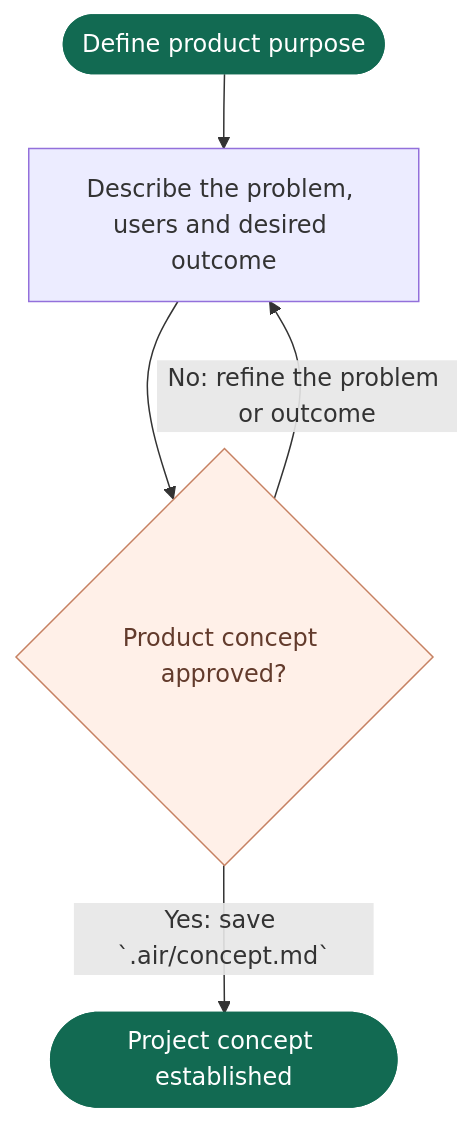
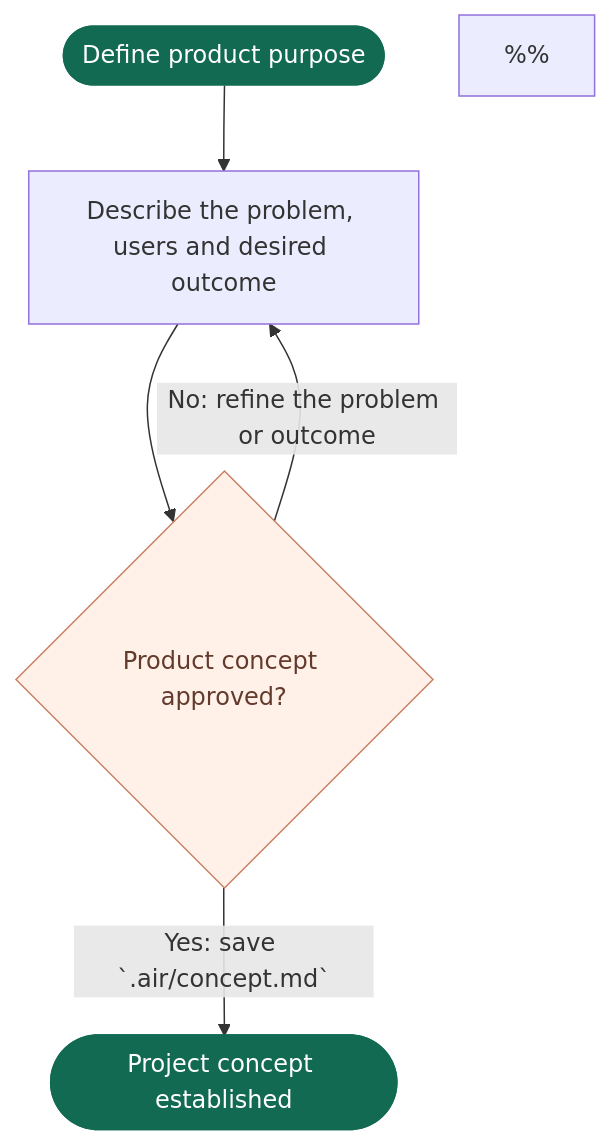
One commit to vanlangenlabs/vanlangenlabs-site changed the diagram in docs/airflow/flows/concept.mmd. Above: the diagram before and after it, drawn with Mermaid. The commit also changed 14 other files, not shown here.

Commit message:
refactor(airflow): keep phase rules in Mermaid sources

```diff
--- a/docs/airflow/flows/concept.mmd
+++ b/docs/airflow/flows/concept.mmd
@@ -1,21 +1,25 @@
 flowchart TD
     start([Define product purpose]) --> concept[Describe the problem, users and desired outcome]
 %% @airflow-context concept
 %% Store only the stable product rationale in `.air/concept.md`: the problem,
 %% intended users, desired outcome, boundaries and success measures. Do not list
 %% all features here or introduce technical implementation choices.
+%%
+%% Record path: `.air/concept.md`.
+%% Record outline: Problem; Intended users; Desired outcome; Product boundaries and non-goals; Success measures; Decisions and evidence.
+%% Mutable statuses belong in the index. Example IDs and versions are placeholders.
 %% @end-airflow-context
     concept --> conceptApproval{Product concept approved?}
     conceptApproval -- No: refine the problem or outcome --> concept
     conceptApproval -- Yes: save `.air/concept.md` --> conceptReady([Project concept established])
 %% @airflow-context conceptApproval
 %% Save the draft before requesting approval.
 %% Obtain explicit human approval for the exact current file digest. Record the
-%% decision evidence in `.air/index.md` according to the contract's Approval
+%% decision evidence in `.air/index.md` according to the global Approval
 %% evidence section. Revisit only when the product direction materially changes.
 %% @end-airflow-context
 
     classDef boundary fill:#126a52,color:#ffffff,stroke:#126a52
     classDef approval fill:#fff0e8,color:#633b2c,stroke:#c68162
     class start,conceptReady boundary
     class conceptApproval approval
```
